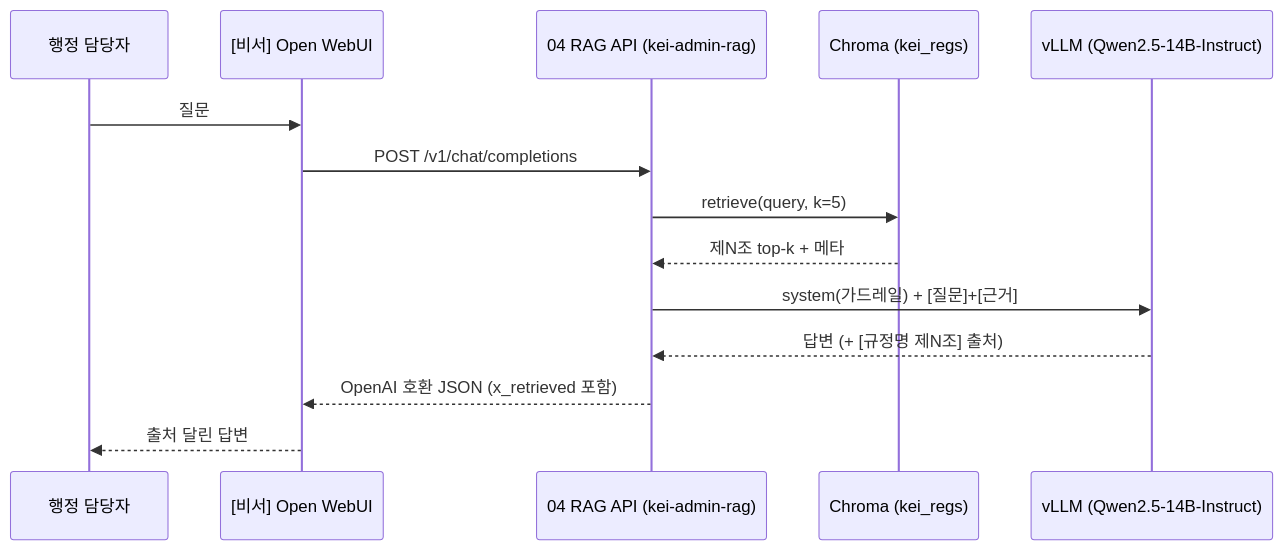
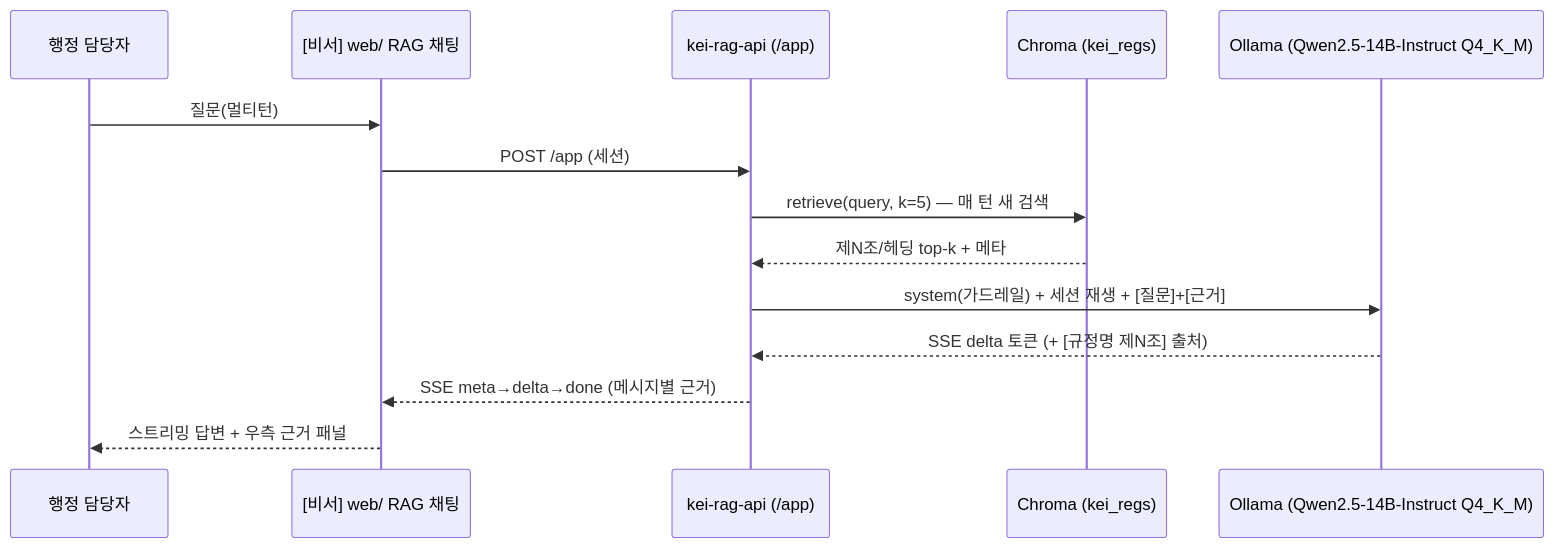
Before and after one commit to mooner92/KEIAdminSuperv: the second of 3 diagrams in docs/04-pipeline.md, drawn with Mermaid. The commit also changed other lines of this file and 6 other files, not shown here.

````diff
--- a/docs/04-pipeline.md
+++ b/docs/04-pipeline.md
@@ -375,16 +477,16 @@
 ```mermaid
 sequenceDiagram
     participant U as 행정 담당자
-    participant W as [비서] Open WebUI
-    participant A as 04 RAG API (kei-admin-rag)
+    participant W as [비서] web/ RAG 채팅
+    participant A as kei-rag-api (/app)
     participant C as Chroma (kei_regs)
-    participant L as vLLM (Qwen2.5-14B-Instruct)
-    U->>W: 질문
-    W->>A: POST /v1/chat/completions
-    A->>C: retrieve(query, k=5)
-    C-->>A: 제N조 top-k + 메타
-    A->>L: system(가드레일) + [질문]+[근거]
-    L-->>A: 답변 (+ [규정명 제N조] 출처)
-    A-->>W: OpenAI 호환 JSON (x_retrieved 포함)
-    W-->>U: 출처 달린 답변
+    participant L as Ollama (Qwen2.5-14B-Instruct Q4_K_M)
+    U->>W: 질문(멀티턴)
+    W->>A: POST /app (세션)
+    A->>C: retrieve(query, k=5) — 매 턴 새 검색
+    C-->>A: 제N조/헤딩 top-k + 메타
+    A->>L: system(가드레일) + 세션 재생 + [질문]+[근거]
+    L-->>A: SSE delta 토큰 (+ [규정명 제N조] 출처)
+    A-->>W: SSE meta→delta→done (메시지별 근거)
+    W-->>U: 스트리밍 답변 + 우측 근거 패널
 ```
````
